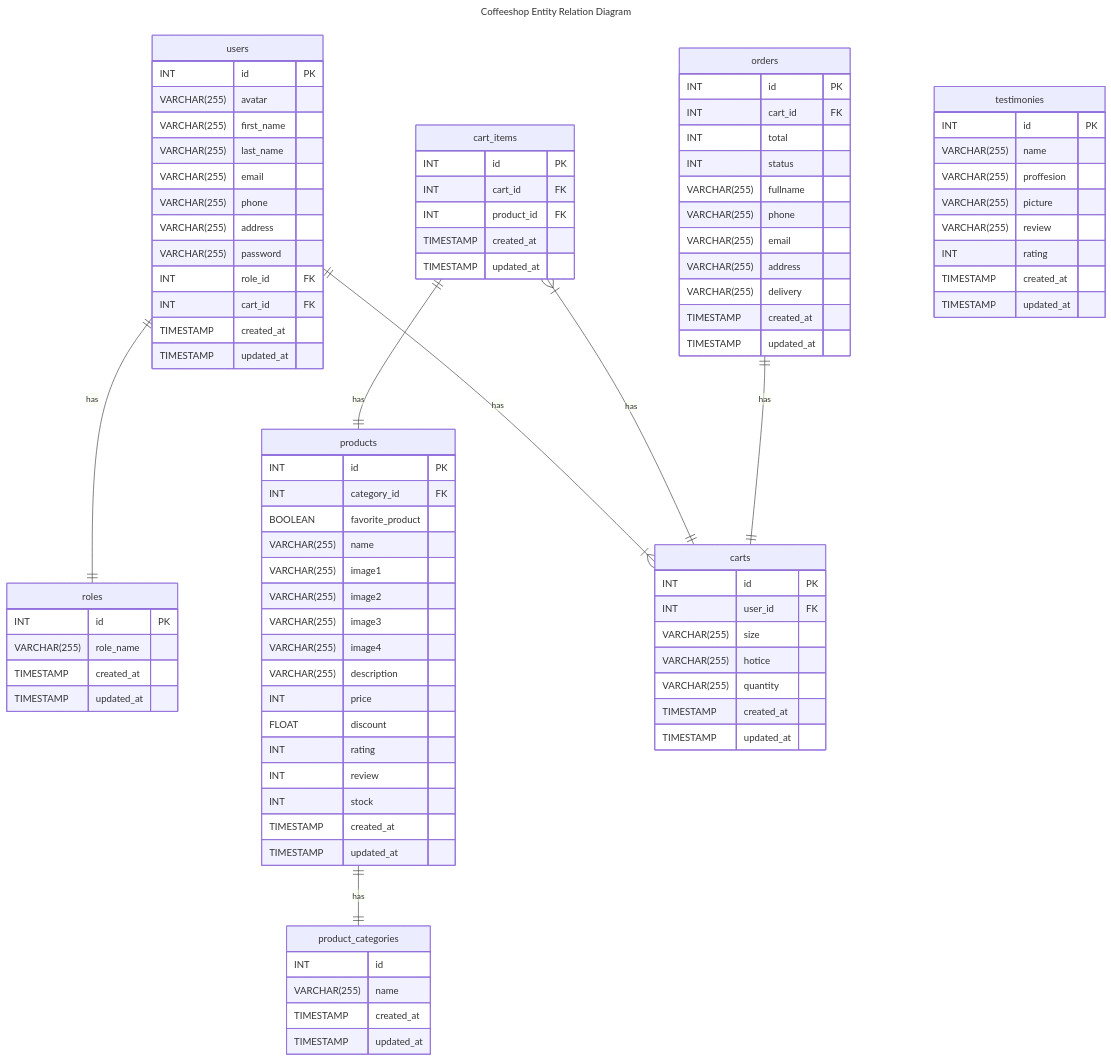
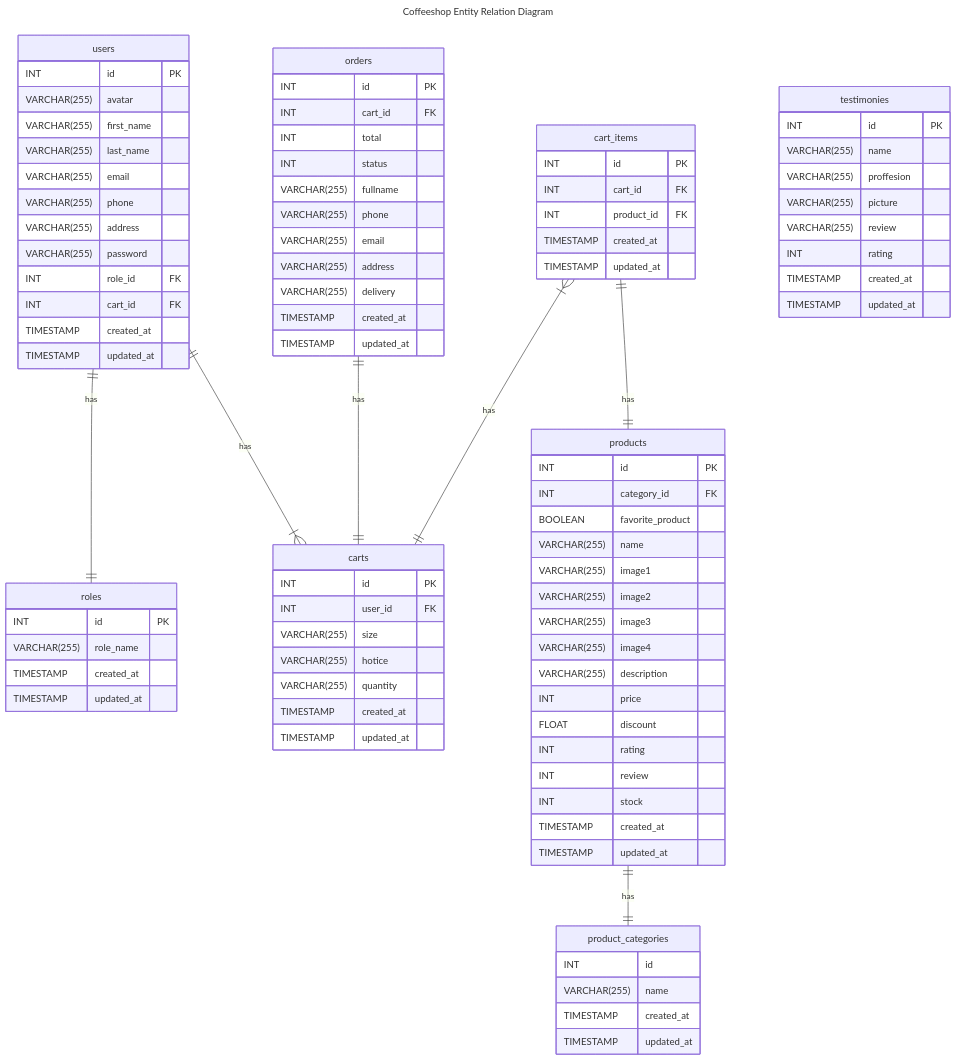
The diagram in readme.md (rezafauzan/koda-b6-db), drawn with Mermaid before and after one commit.

Commit message:
Feat: better Entities positioning in visual

```diff
--- a/readme.md
+++ b/readme.md
@@ -23,6 +23,38 @@
     roles{
         INT id PK 
         VARCHAR(255) role_name
+        TIMESTAMP created_at
+        TIMESTAMP updated_at
+    }
+
+    orders{
+        INT id PK
+        INT cart_id FK
+        INT total
+        INT status
+        VARCHAR(255) fullname
+        VARCHAR(255) phone
+        VARCHAR(255) email
+        VARCHAR(255) address
+        VARCHAR(255) delivery
+        TIMESTAMP created_at
+        TIMESTAMP updated_at
+    }
+
+    carts{
+        INT id PK
+        INT user_id FK
+        VARCHAR(255) size
+        VARCHAR(255) hotice
+        VARCHAR(255) quantity
+        TIMESTAMP created_at
+        TIMESTAMP updated_at
+    }
+
+    cart_items{
+        INT id PK
+        INT cart_id FK
+        INT product_id FK
         TIMESTAMP created_at
         TIMESTAMP updated_at
     }
@@ -52,40 +84,9 @@
         TIMESTAMP created_at
         TIMESTAMP updated_at
     }
+    
 
-    carts{
-        INT id PK
-        INT user_id FK
-        VARCHAR(255) size
-        VARCHAR(255) hotice
-        VARCHAR(255) quantity
-        TIMESTAMP created_at
-        TIMESTAMP updated_at
-    }
-
-    cart_items{
-        INT id PK
-        INT cart_id FK
-        INT product_id FK
-        TIMESTAMP created_at
-        TIMESTAMP updated_at
-    }
-    
-    orders{
-        INT id PK
-        INT cart_id FK
-        INT total
-        INT status
-        VARCHAR(255) fullname
-        VARCHAR(255) phone
-        VARCHAR(255) email
-        VARCHAR(255) address
-        VARCHAR(255) delivery
-        TIMESTAMP created_at
-        TIMESTAMP updated_at
-    }
-
-        testimonies {
+    testimonies {
         INT id PK
         VARCHAR(255) name
         VARCHAR(255) proffesion
```
